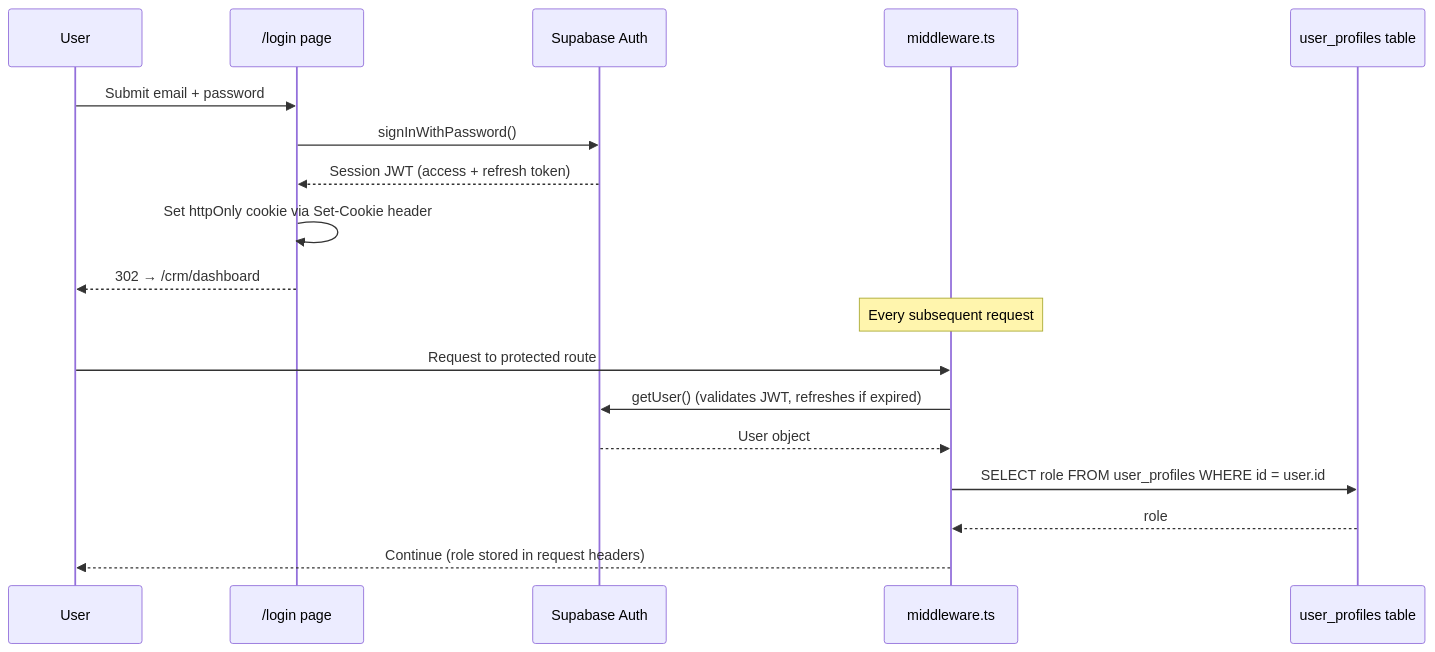
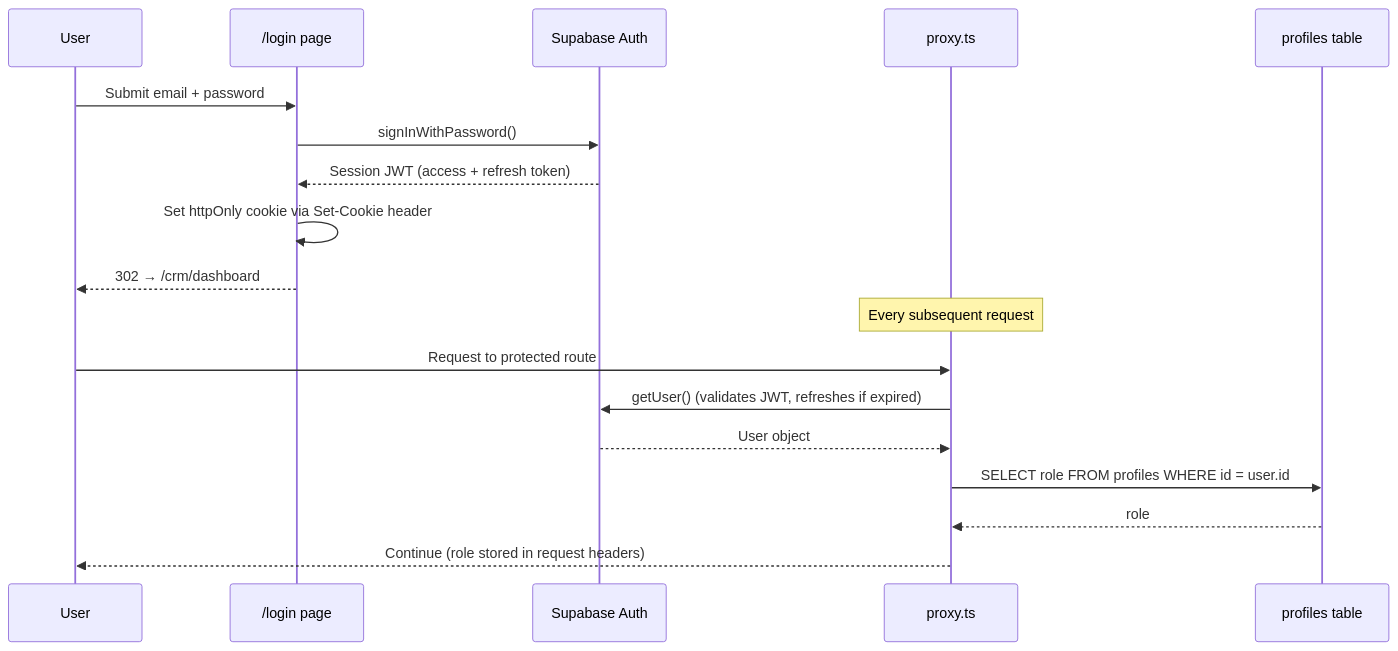
One commit to paisdanielaustin7/vows-studio changed the fourth of 4 diagrams in docs/03_ARCHITECTURE.md. Above: the diagram before and after it, drawn with Mermaid. The commit also changed other lines of this file and 10 other files, not shown here.

````diff
--- a/docs/03_ARCHITECTURE.md
+++ b/docs/03_ARCHITECTURE.md
@@ -385,22 +387,22 @@
 ```mermaid
 sequenceDiagram
     participant U as User
     participant Login as /login page
     participant SB as Supabase Auth
-    participant MW as middleware.ts
-    participant DB as user_profiles table
+    participant MW as proxy.ts
+    participant DB as profiles table
 
     U->>Login: Submit email + password
     Login->>SB: signInWithPassword()
     SB-->>Login: Session JWT (access + refresh token)
     Login->>Login: Set httpOnly cookie via Set-Cookie header
     Login-->>U: 302 → /crm/dashboard
 
     Note over MW: Every subsequent request
     U->>MW: Request to protected route
     MW->>SB: getUser() (validates JWT, refreshes if expired)
     SB-->>MW: User object
-    MW->>DB: SELECT role FROM user_profiles WHERE id = user.id
+    MW->>DB: SELECT role FROM profiles WHERE id = user.id
     DB-->>MW: role
     MW-->>U: Continue (role stored in request headers)
 ```
````
